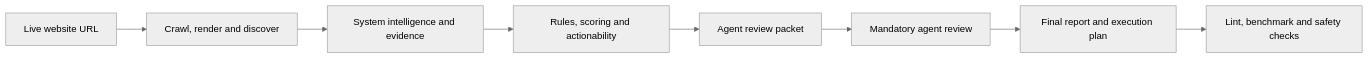
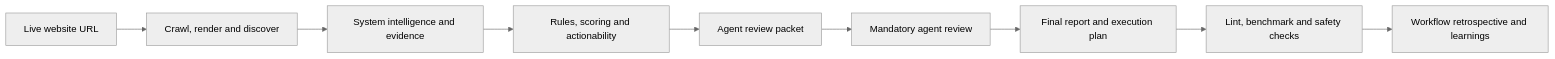
One commit to RNT56/SEO-workflow changed the diagram in README.md. Above: the diagram before and after it, drawn with Mermaid (neutral theme). The commit also changed other lines of this file and 29 other files, not shown here.

First line of the commit message:
Add workflow retrospective learnings loop

````diff
--- a/README.md
+++ b/README.md
@@ -38,10 +38,11 @@
 ```mermaid
 flowchart LR
   A["Live website URL"] --> B["Crawl, render and discover"]
   B --> C["System intelligence and evidence"]
   C --> D["Rules, scoring and actionability"]
   D --> E["Agent review packet"]
   E --> F["Mandatory agent review"]
   F --> G["Final report and execution plan"]
   G --> H["Lint, benchmark and safety checks"]
+  H --> I["Workflow retrospective and learnings"]
 ```
````
